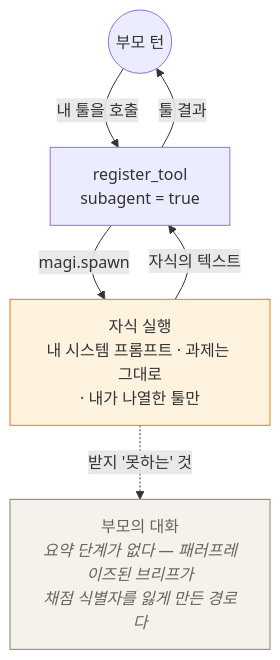
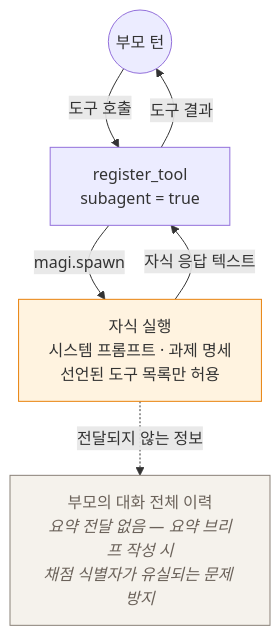
Before and after one commit to sayaya1090/magi: the sixth of 6 diagrams in docs/EXTENDING.ko.md, drawn with Mermaid. The commit also changed other lines of this file, not shown here.

````diff
--- a/docs/EXTENDING.ko.md
+++ b/docs/EXTENDING.ko.md
@@ -798,10 +632,10 @@
 ```mermaid
 flowchart TD
-    P((부모 턴)) -->|내 툴을 호출| TL[register_tool<br/>subagent = true]
-    TL -->|magi.spawn| CH["자식 실행<br/>내 시스템 프롬프트 · 과제는 그대로<br/>· 내가 나열한 툴만"]
-    CH -->|자식의 텍스트| TL -->|툴 결과| P
-    CH -.->|받지 '못하는' 것| NO["부모의 대화<br/><i>요약 단계가 없다 — 패러프레이즈된 브리프가<br/>채점 식별자를 잃게 만든 경로다</i>"]
+    P((부모 턴)) -->|도구 호출| TL[register_tool<br/>subagent = true]
+    TL -->|magi.spawn| CH["자식 실행<br/>시스템 프롬프트 · 과제 명세<br/>선언된 도구 목록만 허용"]
+    CH -->|자식 응답 텍스트| TL -->|도구 결과| P
+    CH -.->|전달되지 않는 정보| NO["부모의 대화 전체 이력<br/><i>요약 전달 없음 — 요약 브리프 작성 시<br/>채점 식별자가 유실되는 문제 방지</i>"]
 
     style CH fill:#fff3e0,stroke:#e8820c
     style NO fill:#f5f2ec,stroke:#8a8178,color:#6b625a
 ```
````
